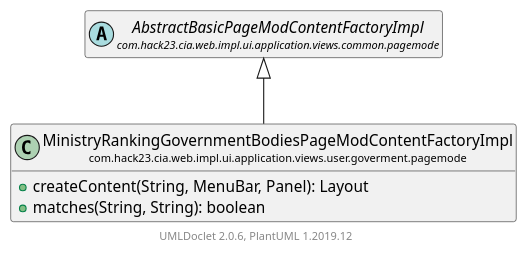
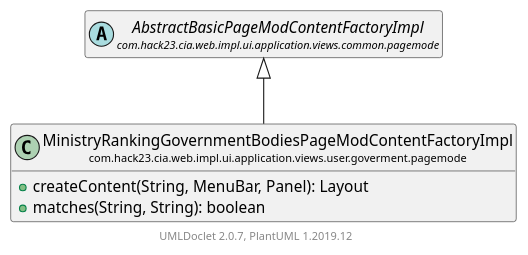
The diagram in apidocs/com/hack23/cia/web/impl/ui/application/views/user/goverment/pagemode/MinistryRankingGovernmentBodiesPageModContentFactoryImpl.puml (Hack23/cia), drawn with PlantUML before and after one commit. The commit also changed 3690 other files, not shown here.

```diff
--- a/apidocs/com/hack23/cia/web/impl/ui/application/views/user/goverment/pagemode/MinistryRankingGovernmentBodiesPageModContentFactoryImpl.puml
+++ b/apidocs/com/hack23/cia/web/impl/ui/application/views/user/goverment/pagemode/MinistryRankingGovernmentBodiesPageModContentFactoryImpl.puml
@@ -1,16 +1,16 @@
 @startuml
     set namespaceSeparator none
     hide empty fields
     hide empty methods
 
     class "<size:14>MinistryRankingGovernmentBodiesPageModContentFactoryImpl\n<size:10>com.hack23.cia.web.impl.ui.application.views.user.goverment.pagemode" as com.hack23.cia.web.impl.ui.application.views.user.goverment.pagemode.MinistryRankingGovernmentBodiesPageModContentFactoryImpl [[MinistryRankingGovernmentBodiesPageModContentFactoryImpl.html]] {
         +createContent(String, MenuBar, Panel): Layout
         +matches(String, String): boolean
     }
 
     abstract class "<size:14>AbstractBasicPageModContentFactoryImpl\n<size:10>com.hack23.cia.web.impl.ui.application.views.common.pagemode" as com.hack23.cia.web.impl.ui.application.views.common.pagemode.AbstractBasicPageModContentFactoryImpl [[../../../common/pagemode/AbstractBasicPageModContentFactoryImpl.html]]
 
     com.hack23.cia.web.impl.ui.application.views.common.pagemode.AbstractBasicPageModContentFactoryImpl <|-- com.hack23.cia.web.impl.ui.application.views.user.goverment.pagemode.MinistryRankingGovernmentBodiesPageModContentFactoryImpl
 
-    center footer UMLDoclet 2.0.6, PlantUML 1.2019.12
+    center footer UMLDoclet 2.0.7, PlantUML 1.2019.12
 @enduml
```
